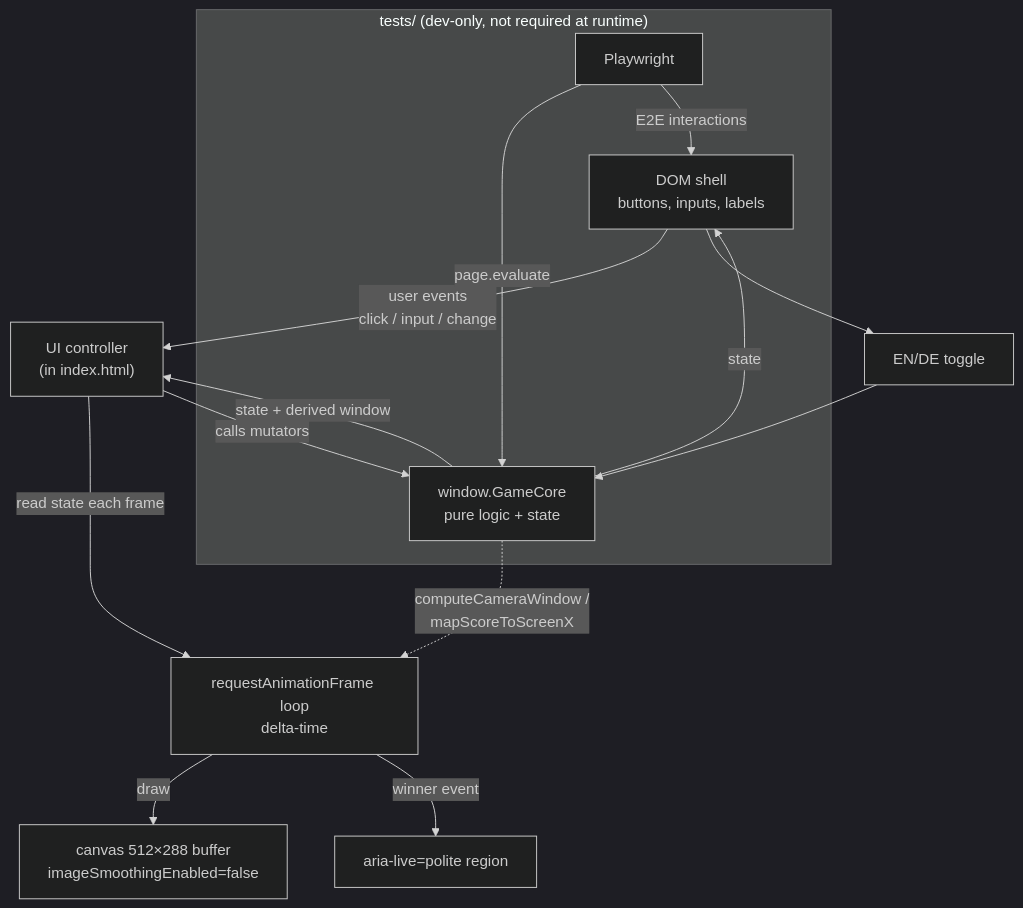
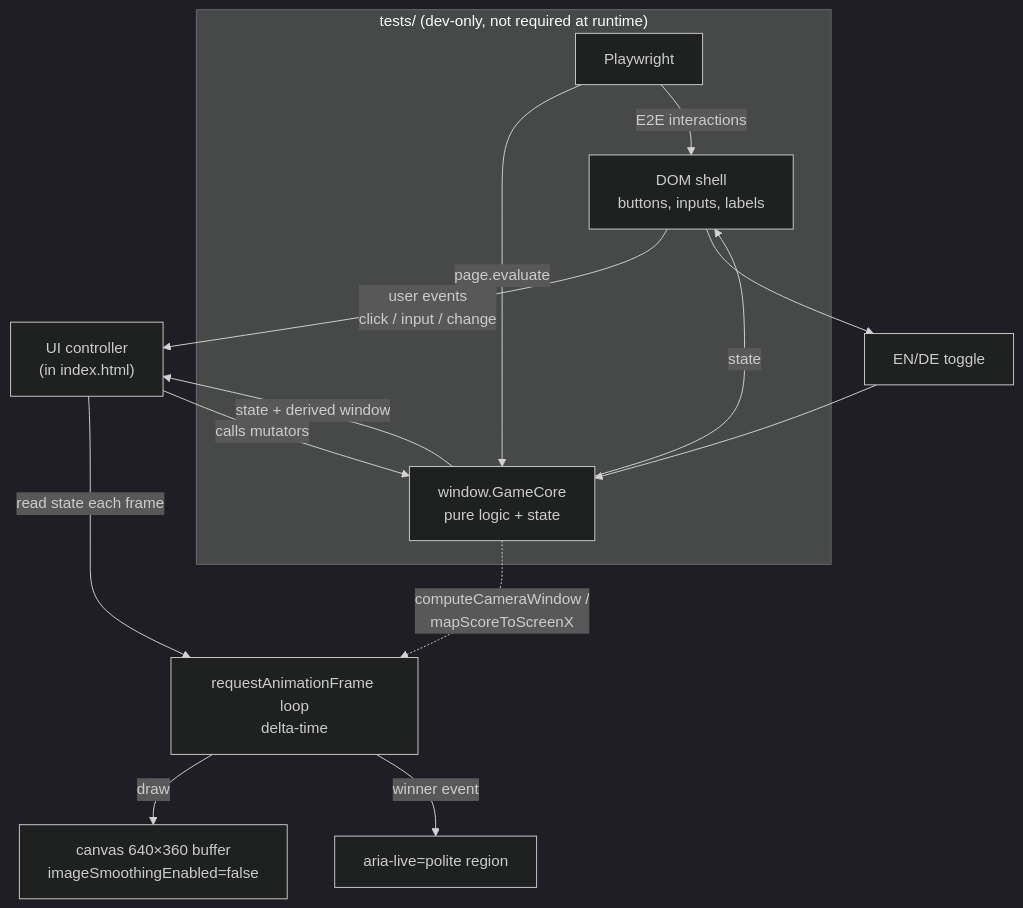
Before and after one commit to controllan/camel-game: the diagram in docs/specs/2026-10-03-camel-derby-design.md, drawn with Mermaid (dark theme). The commit also changed other lines of this file and 3 other files, not shown here.

````diff
--- a/docs/specs/2026-10-03-camel-derby-design.md
+++ b/docs/specs/2026-10-03-camel-derby-design.md
@@ -57,17 +57,17 @@
 ```mermaid
 flowchart TD
   DOM["DOM shell<br/>buttons, inputs, labels"] -->|"user events<br/>click / input / change"| UI["UI controller<br/>(in index.html)"]
   UI -->|"calls mutators"| CORE["window.GameCore<br/>pure logic + state"]
   CORE -->|"state + derived window"| UI
   UI -->|"read state each frame"| RAF["requestAnimationFrame loop<br/>delta-time"]
-  RAF -->|"draw"| CANVAS["canvas 512×288 buffer<br/>imageSmoothingEnabled=false"]
+  RAF -->|"draw"| CANVAS["canvas 640×360 buffer<br/>imageSmoothingEnabled=false"]
   CORE -.->|"computeCameraWindow /<br/>mapScoreToScreenX"| RAF
   CORE -->|"state"| DOM
   RAF -->|"winner event"| LIVE["aria-live=polite region"]
   DOM --> TOGGLE["EN/DE toggle"] --> CORE
 
   subgraph TESTS["tests/ (dev-only, not required at runtime)"]
     PW["Playwright"] -->|"page.evaluate"| CORE
     PW -->|"E2E interactions"| DOM
   end
 ```
````
